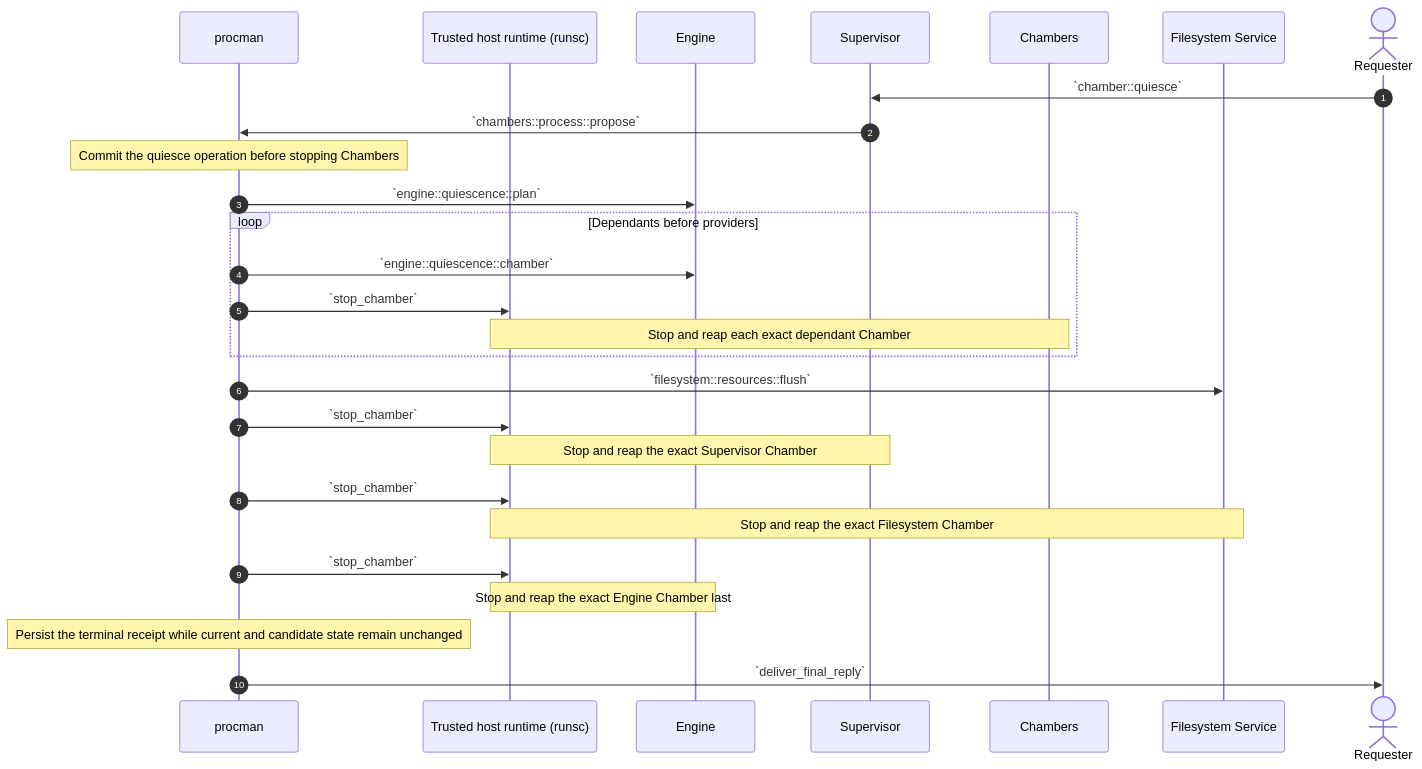
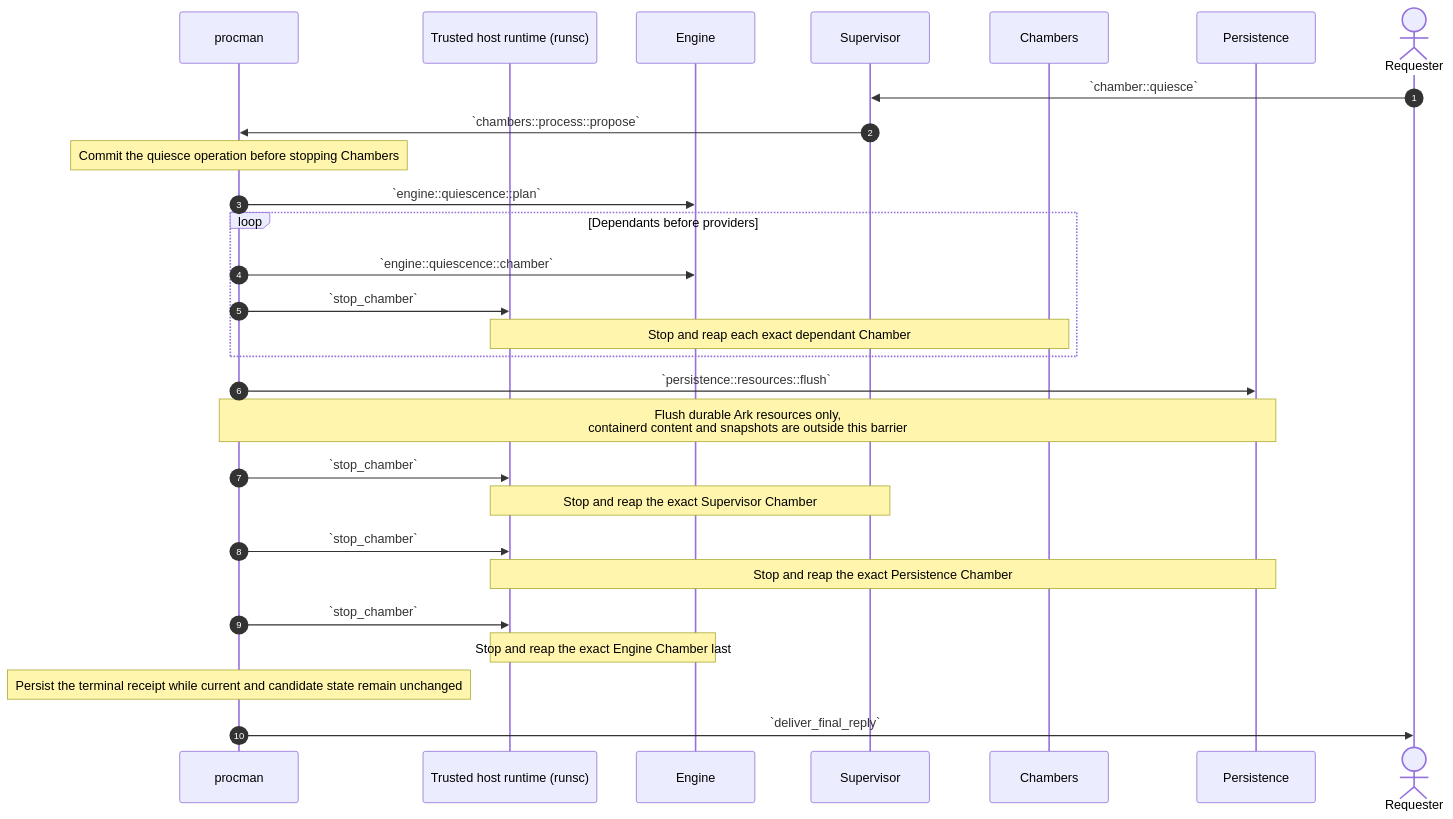
One commit to dreamcatcher-tech/chambers-lifecycle-explorer changed diagram 11 of 12 in source/chambers-lifecycle-sequences.md. Above: the diagram before and after it, drawn with Mermaid. The commit also changed other lines of this file and 8 other files, not shown here.

````diff
--- a/source/chambers-lifecycle-sequences.md
+++ b/source/chambers-lifecycle-sequences.md
@@ -1059,32 +1169,33 @@
 ```mermaid
 sequenceDiagram
     autonumber
     participant procman
     participant Runtime as Trusted host runtime (runsc)
     participant Engine
     participant Supervisor
     participant Members as Chambers
-    participant Filesystem as Filesystem Service
+    participant Persistence
     actor Requester
 
     Requester->>Supervisor: `chamber::quiesce`
     Supervisor->>procman: `chambers::process::propose`
     Note over procman: Commit the quiesce operation before stopping Chambers
     procman->>Engine: `engine::quiescence::plan`
 
     loop Dependants before providers
         procman->>Engine: `engine::quiescence::chamber`
         procman->>Runtime: `stop_chamber`
         Note over Runtime,Members: Stop and reap each exact dependant Chamber
     end
 
-    procman->>Filesystem: `filesystem::resources::flush`
+    procman->>Persistence: `persistence::resources::flush`
+    Note over procman,Persistence: Flush durable Ark resources only,<br/>containerd content and snapshots are outside this barrier
     procman->>Runtime: `stop_chamber`
     Note over Runtime,Supervisor: Stop and reap the exact Supervisor Chamber
     procman->>Runtime: `stop_chamber`
-    Note over Runtime,Filesystem: Stop and reap the exact Filesystem Chamber
+    Note over Runtime,Persistence: Stop and reap the exact Persistence Chamber
     procman->>Runtime: `stop_chamber`
     Note over Runtime,Engine: Stop and reap the exact Engine Chamber last
     Note over procman: Persist the terminal receipt while current and candidate state remain unchanged
     procman->>Requester: `deliver_final_reply`
 ```
````
